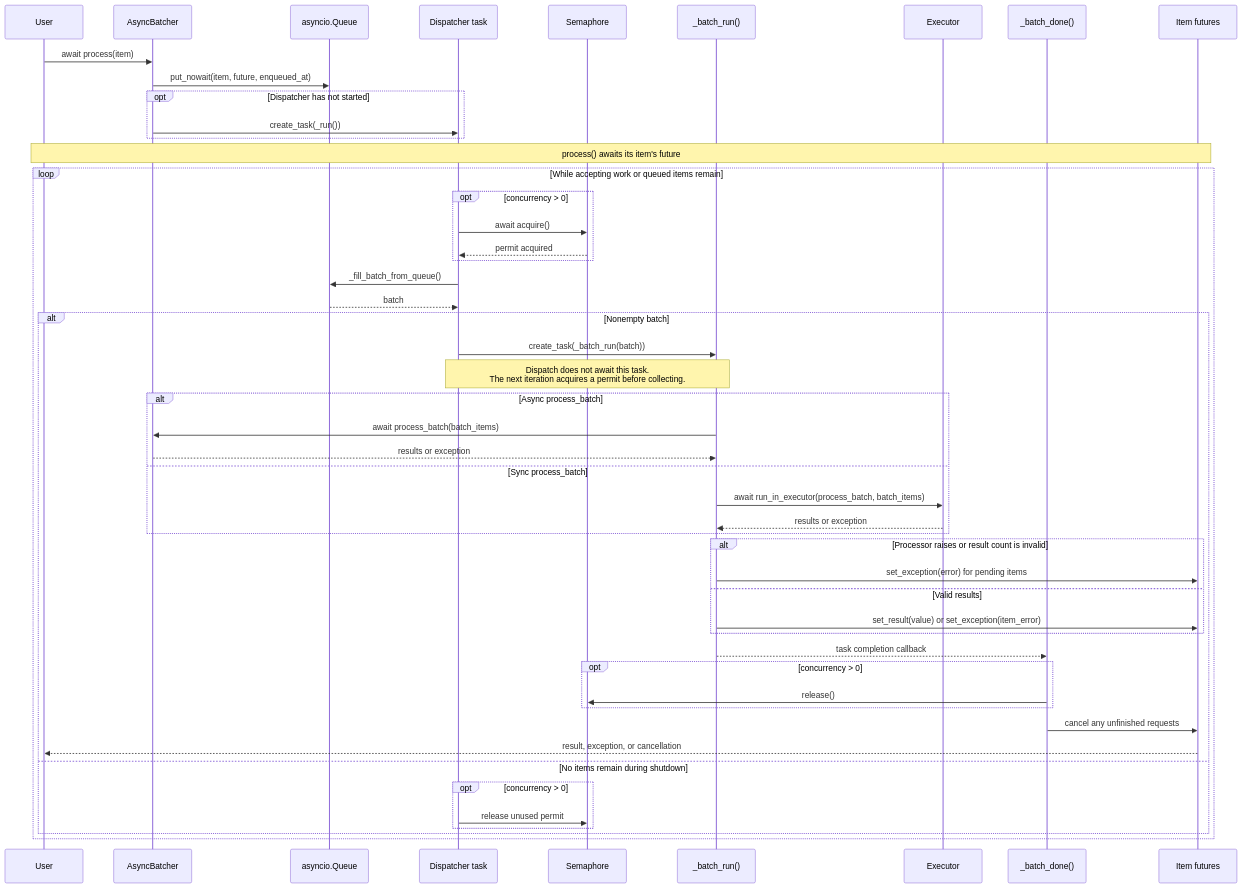
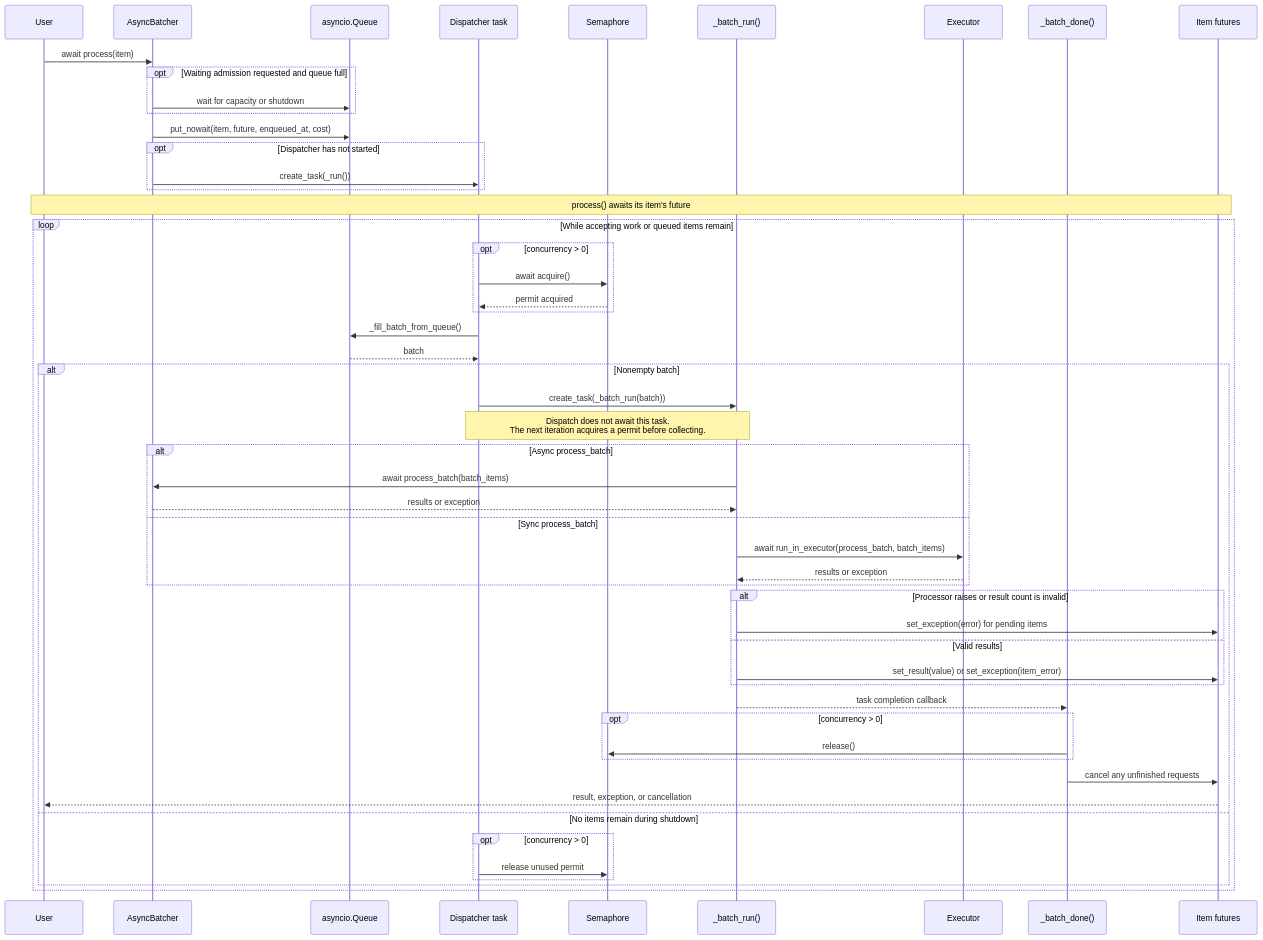
One commit to hussein-awala/async-batcher changed the diagram in docs/api.md. Above: the diagram before and after it, drawn with Mermaid. The commit also changed other lines of this file and 8 other files, not shown here.

````diff
--- a/docs/api.md
+++ b/docs/api.md
@@ -99,58 +136,61 @@
 ```mermaid
 sequenceDiagram
     participant User
     participant AsyncBatcher
     participant Queue as asyncio.Queue
     participant RunLoop as Dispatcher task
     participant Semaphore
     participant BatchTask as _batch_run()
     participant Executor
     participant Completion as _batch_done()
     participant Futures as Item futures
 
     User->>AsyncBatcher: await process(item)
-    AsyncBatcher->>Queue: put_nowait(item, future, enqueued_at)
+    opt Waiting admission requested and queue full
+        AsyncBatcher->>Queue: wait for capacity or shutdown
+    end
+    AsyncBatcher->>Queue: put_nowait(item, future, enqueued_at, cost)
     opt Dispatcher has not started
         AsyncBatcher->>RunLoop: create_task(_run())
     end
     Note over User,Futures: process() awaits its item's future
 
     loop While accepting work or queued items remain
         opt concurrency > 0
             RunLoop->>Semaphore: await acquire()
             Semaphore-->>RunLoop: permit acquired
         end
         RunLoop->>Queue: _fill_batch_from_queue()
         Queue-->>RunLoop: batch
 
         alt Nonempty batch
             RunLoop->>BatchTask: create_task(_batch_run(batch))
             Note over RunLoop,BatchTask: Dispatch does not await this task.<br/>The next iteration acquires a permit before collecting.
 
             alt Async process_batch
                 BatchTask->>AsyncBatcher: await process_batch(batch_items)
                 AsyncBatcher-->>BatchTask: results or exception
             else Sync process_batch
                 BatchTask->>Executor: await run_in_executor(process_batch, batch_items)
                 Executor-->>BatchTask: results or exception
             end
 
             alt Processor raises or result count is invalid
                 BatchTask->>Futures: set_exception(error) for pending items
             else Valid results
                 BatchTask->>Futures: set_result(value) or set_exception(item_error)
             end
 
             BatchTask-->>Completion: task completion callback
             opt concurrency > 0
                 Completion->>Semaphore: release()
             end
             Completion->>Futures: cancel any unfinished requests
             Futures-->>User: result, exception, or cancellation
         else No items remain during shutdown
             opt concurrency > 0
                 RunLoop->>Semaphore: release unused permit
             end
         end
     end
 ```
````
